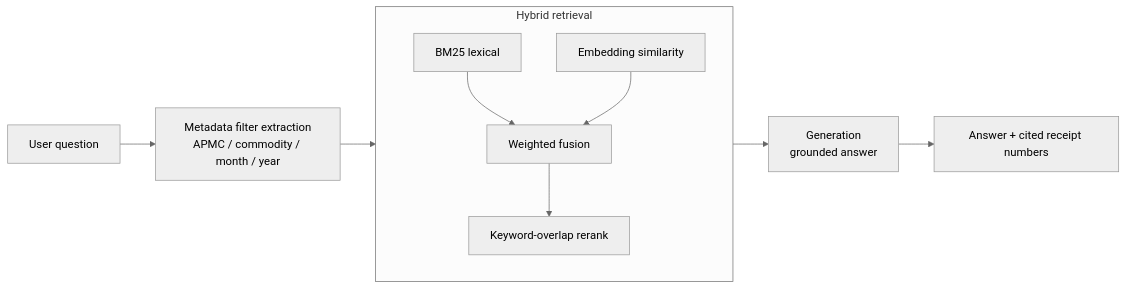
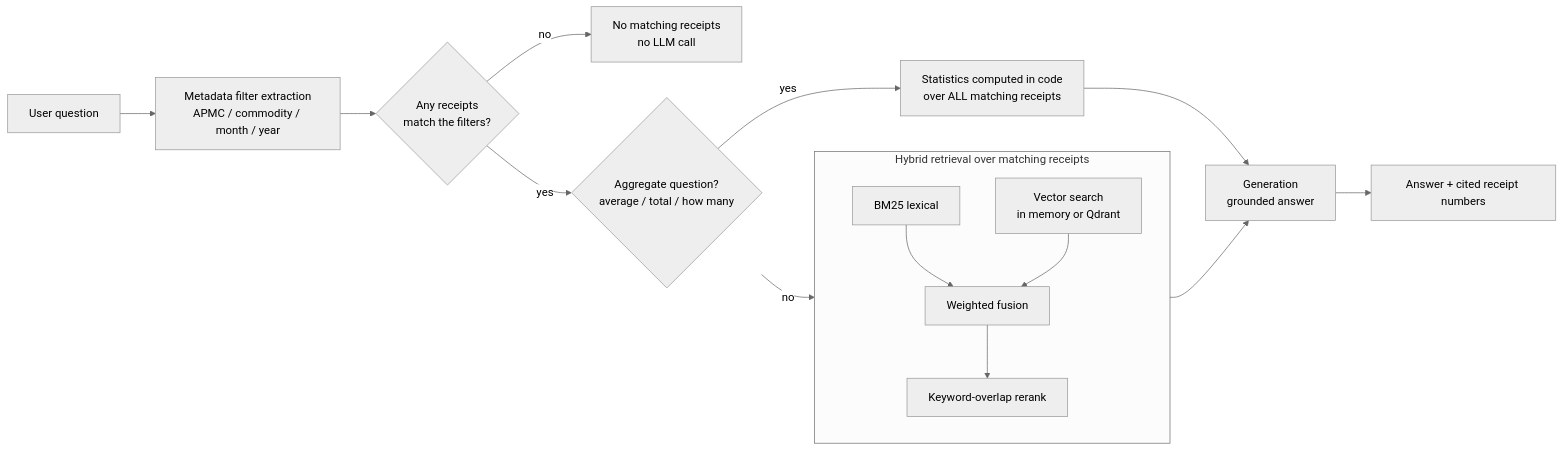
The diagram in README.md (Ruturaj2472/APMC-RAG-Assistant), drawn with Mermaid (neutral theme) before and after one commit. The commit also changed other lines of this file and 1 other file, not shown here.

Commit message:
Update README with aggregates, Qdrant/BGE comparison and RAGAS results

````diff
--- a/README.md
+++ b/README.md
@@ -18,13 +86,18 @@
 ```mermaid
 flowchart LR
     Q[User question] --> F[Metadata filter extraction<br/>APMC / commodity / month / year]
-    F --> HR
-    subgraph HR[Hybrid retrieval]
+    F --> C{Any receipts<br/>match the filters?}
+    C -- no --> N[No matching receipts<br/>no LLM call]
+    C -- yes --> T{Aggregate question?<br/>average / total / how many}
+    T -- yes --> S[Statistics computed in code<br/>over ALL matching receipts]
+    T -- no --> HR
+    subgraph HR[Hybrid retrieval over matching receipts]
         direction TB
         B[BM25 lexical] --> M[Weighted fusion]
-        E[Embedding similarity] --> M
+        E[Vector search<br/>in memory or Qdrant] --> M
         M --> K[Keyword-overlap rerank]
     end
-    HR --> G[Generation<br/>grounded answer]
+    S --> G[Generation<br/>grounded answer]
+    HR --> G
     G --> A[Answer + cited receipt numbers]
 ```
````
